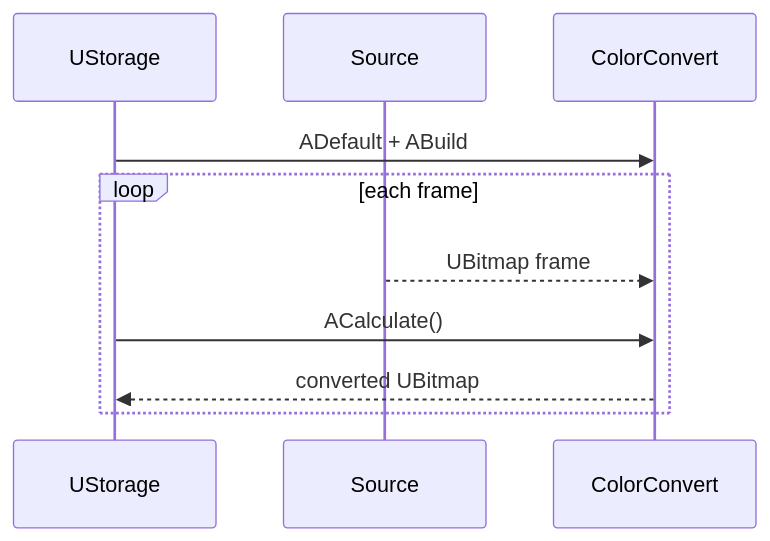
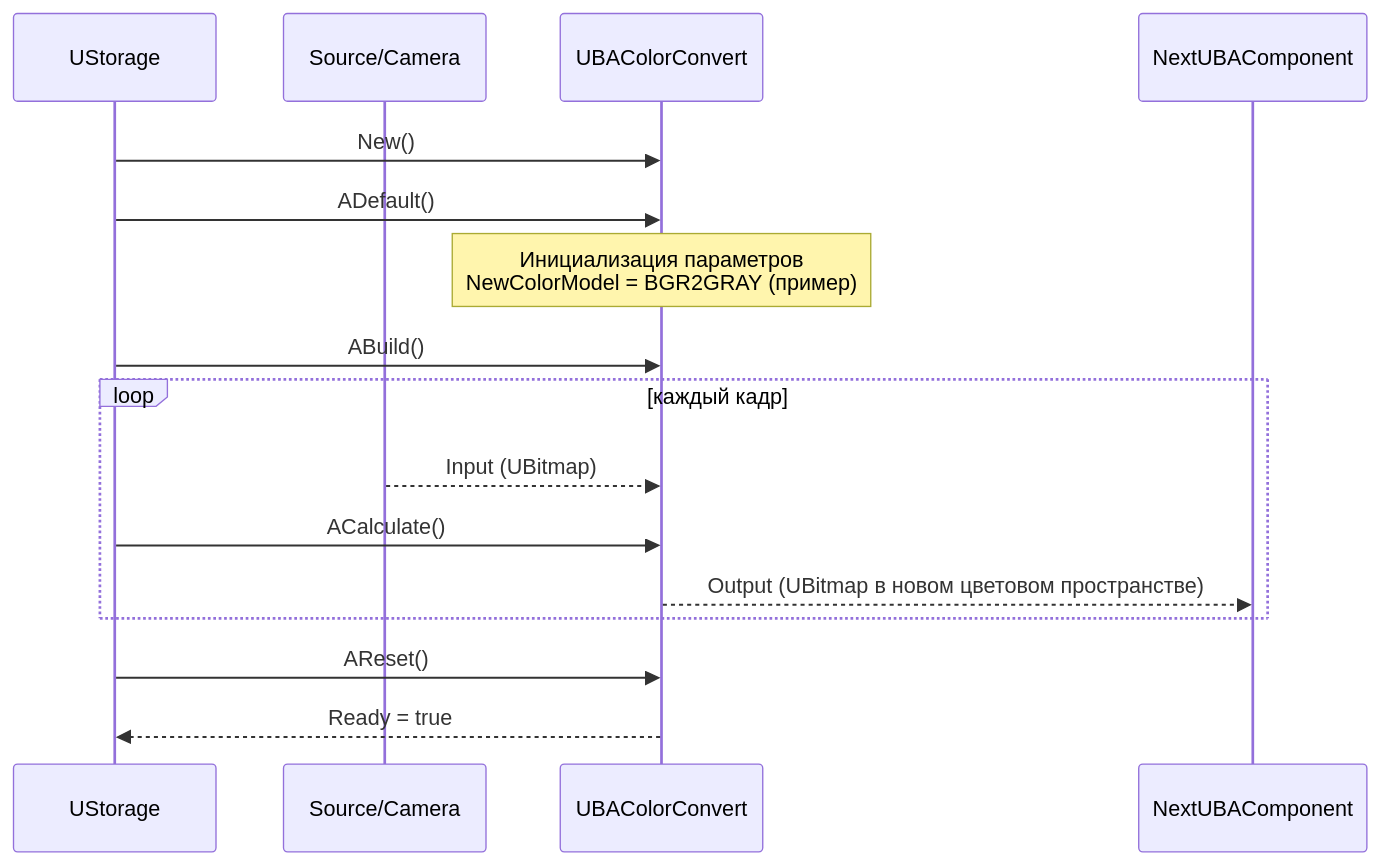
The second of 6 diagrams in Docs/Components/ColorConvert.md (aicommunity/Rdk-CvBasicLib), drawn with Mermaid before and after one commit. The commit also changed other lines of this file and 14 other files, not shown here.

````diff
--- a/Docs/Components/ColorConvert.md
+++ b/Docs/Components/ColorConvert.md
@@ -36,12 +30,21 @@
 ```mermaid
 sequenceDiagram
-    participant S as UStorage
-    participant Src as Source
-    participant CC as ColorConvert
-    S->>CC: ADefault + ABuild
-    loop each frame
-        Src-->>CC: UBitmap frame
-        S->>CC: ACalculate()
-        CC-->>S: converted UBitmap
+    participant Storage as UStorage
+    participant Src as Source/Camera
+    participant CC as UBAColorConvert
+    participant Next as NextUBAComponent
+
+    Storage->>CC: New()
+    Storage->>CC: ADefault()
+    Note over CC: Инициализация параметров<br/>NewColorModel = BGR2GRAY (пример)
+    Storage->>CC: ABuild()
+
+    loop каждый кадр
+        Src-->>CC: Input (UBitmap)
+        Storage->>CC: ACalculate()
+        CC-->>Next: Output (UBitmap в новом цветовом пространстве)
     end
+
+    Storage->>CC: AReset()
+    CC-->>Storage: Ready = true
 ```
````
